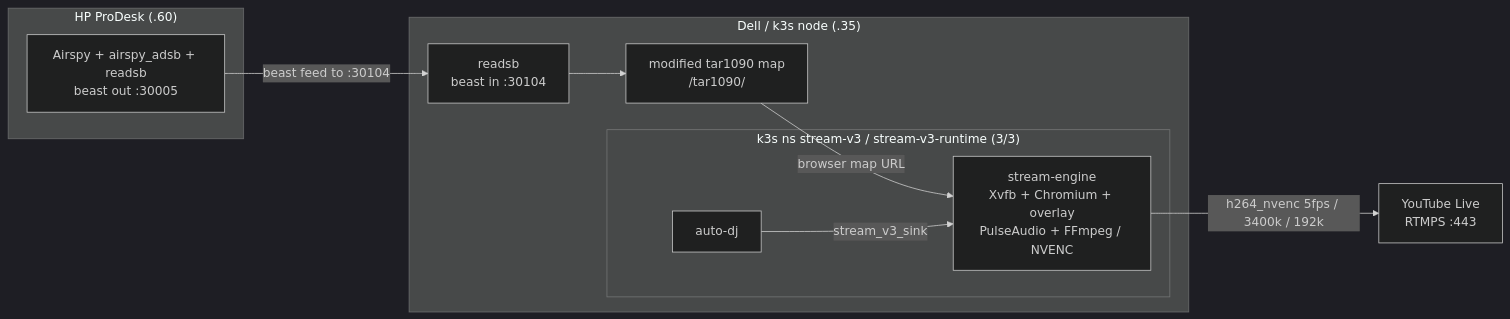
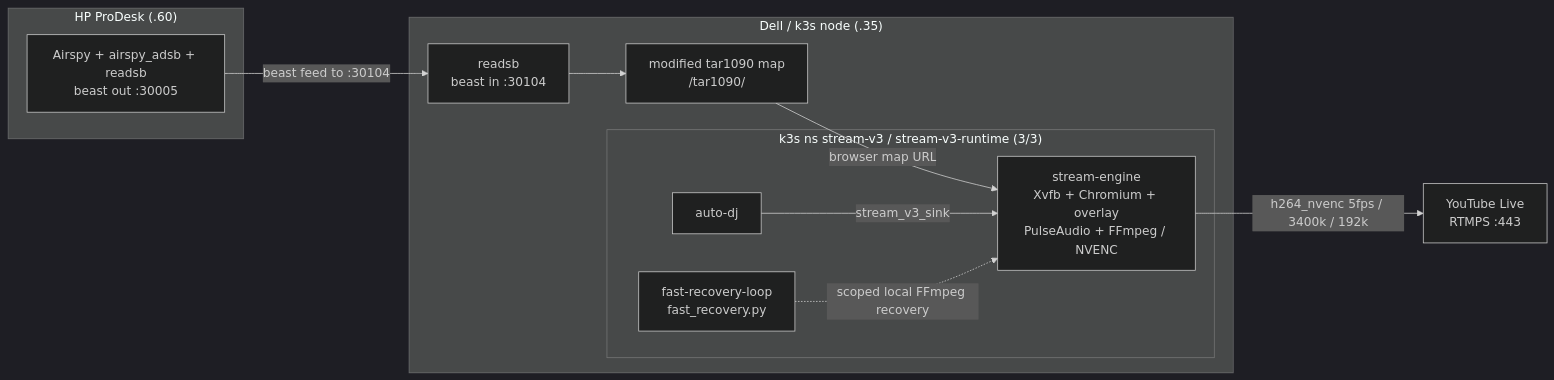
One commit to yukimurata0421/live-stream-systems-case-study changed the first of 4 diagrams in README.md. Above: the diagram before and after it, drawn with Mermaid (dark theme). The commit also changed other lines of this file and 14 other files, not shown here.

````diff
--- a/README.md
+++ b/README.md
@@ -132,23 +141,25 @@
 ```mermaid
 flowchart LR
     subgraph PD["HP ProDesk (.60)"]
         AIR["Airspy + airspy_adsb + readsb<br/>beast out :30005"]
     end
 
     subgraph DELL["Dell / k3s node (.35)"]
         RS["readsb<br/>beast in :30104"]
         T1090["modified tar1090 map<br/>/tar1090/"]
         subgraph K3S["k3s ns stream-v3 / stream-v3-runtime (3/3)"]
             ENG["stream-engine<br/>Xvfb + Chromium + overlay<br/>PulseAudio + FFmpeg / NVENC"]
             DJ["auto-dj"]
+            FR["fast-recovery-loop<br/>fast_recovery.py"]
         end
     end
 
     YT["YouTube Live<br/>RTMPS :443"]
 
     AIR -->|beast feed to :30104| RS
     RS --> T1090
     T1090 -->|browser map URL| ENG
     DJ -->|stream_v3_sink| ENG
+    FR -. scoped local FFmpeg recovery .-> ENG
     ENG -->|h264_nvenc 5fps / 3400k / 192k| YT
 ```
````
